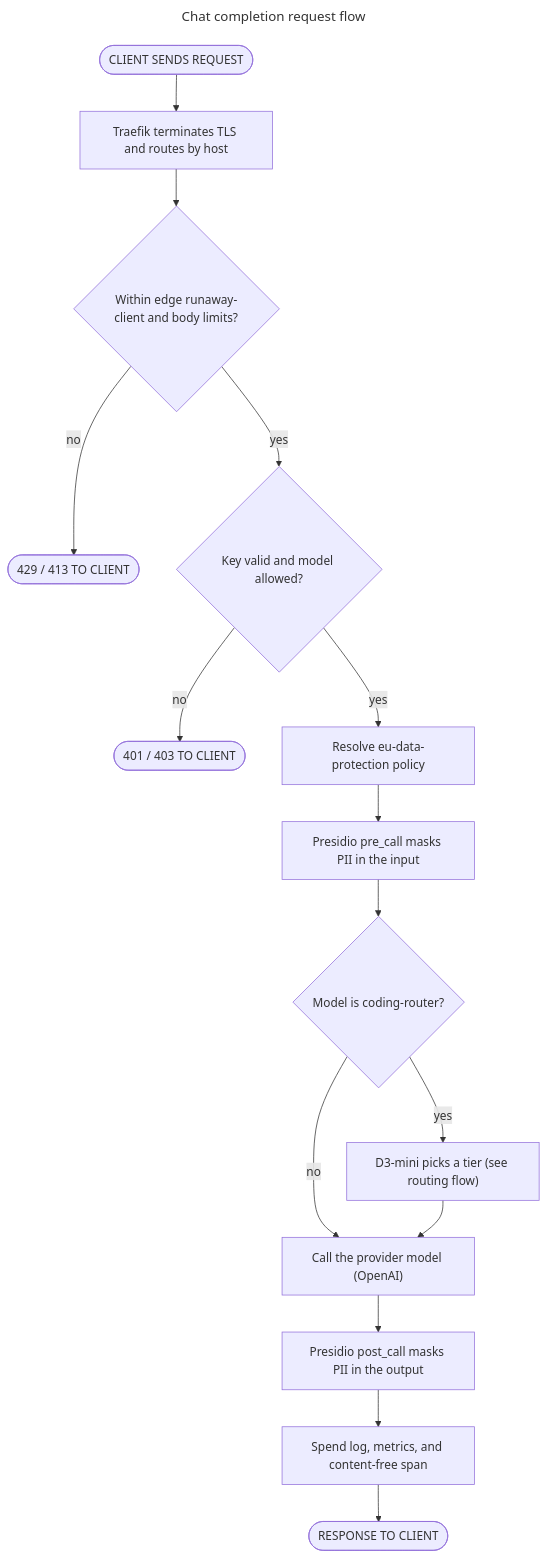
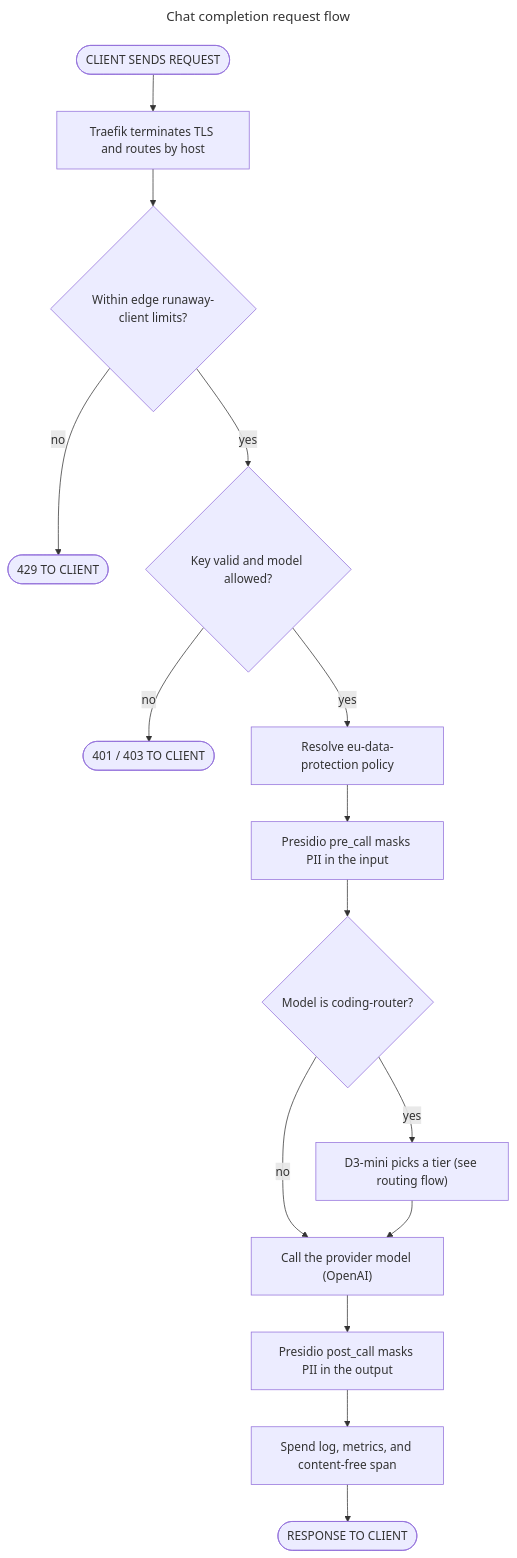
The diagram in diagrams/10-chat-request-flow.mmd (bella-1337/effective-spoon), drawn with Mermaid before and after one commit. The commit also changed 9 other files, not shown here.

First line of the commit message:
Drop the edge body-size cap and accept the risk for internal use

```diff
--- a/diagrams/10-chat-request-flow.mmd
+++ b/diagrams/10-chat-request-flow.mmd
@@ -1,37 +1,37 @@
 ---
 title: Chat completion request flow
 ---
 flowchart TD
   %% Source for 10-chat-request-flow.html. Edit this file, then run ./scripts/render-diagrams.py.
   %% Directives: docs in diagrams/README.md (Updating diagrams).
   %% @subtitle From the client's HTTPS call to the response, through edge limits, authentication, policy, PII masking, routing, and telemetry
 
   S(["CLIENT SENDS REQUEST"])
   TLS["Traefik terminates TLS and routes by host"]
-  LIM{"Within edge runaway-client and body limits?"}
-  REJ(["429 / 413 TO CLIENT"])
+  LIM{"Within edge runaway-client limits?"}
+  REJ(["429 TO CLIENT"])
   AUTH{"Key valid and model allowed?"}
   DENY(["401 / 403 TO CLIENT"])
   POL["Resolve eu-data-protection policy"]
   PRE["Presidio pre_call masks PII in the input"]
   RT{"Model is coding-router?"}
   D3["D3-mini picks a tier (see routing flow)"]
   PROV["Call the provider model (OpenAI)"]
   POST["Presidio post_call masks PII in the output"]
   TEL["Spend log, metrics, and content-free span"]
   E(["RESPONSE TO CLIENT"])
 
   S --> TLS
   TLS --> LIM
   LIM -->|"no"| REJ
   LIM -->|"yes"| AUTH
   AUTH -->|"no"| DENY
   AUTH -->|"yes"| POL
   POL --> PRE
   PRE --> RT
   RT -->|"yes"| D3
   RT -->|"no"| PROV
   D3 --> PROV
   PROV --> POST
   POST --> TEL
   TEL --> E
```
